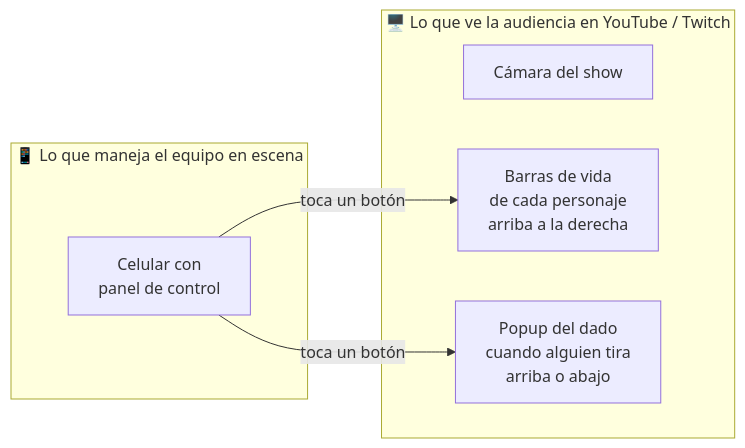
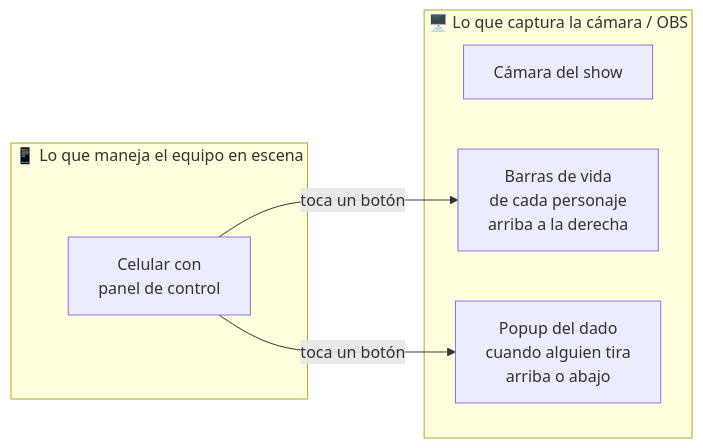
Before and after one commit to s0lci700/OVERLAYS: the fourth of 12 diagrams in demo-pitch-docs/workflow-stakeholders.md, drawn with Mermaid. The commit also changed other lines of this file and 2 other files, not shown here.

````diff
--- a/demo-pitch-docs/workflow-stakeholders.md
+++ b/demo-pitch-docs/workflow-stakeholders.md
@@ -81,15 +116,15 @@
 ```mermaid
 flowchart LR
-    subgraph OBS["🖥️ Lo que ve la audiencia en YouTube / Twitch"]
+    subgraph OBS["🖥️ Lo que captura la cámara / OBS"]
         CAM[Cámara del show]
         HP[Barras de vida\nde cada personaje\narriba a la derecha]
         DICE[Popup del dado\ncuando alguien tira\narriba o abajo]
     end
 
     subgraph Control["📱 Lo que maneja el equipo en escena"]
         PHONE[Celular con\npanel de control]
     end
 
     PHONE -- toca un botón --> HP
     PHONE -- toca un botón --> DICE
 ```
````
